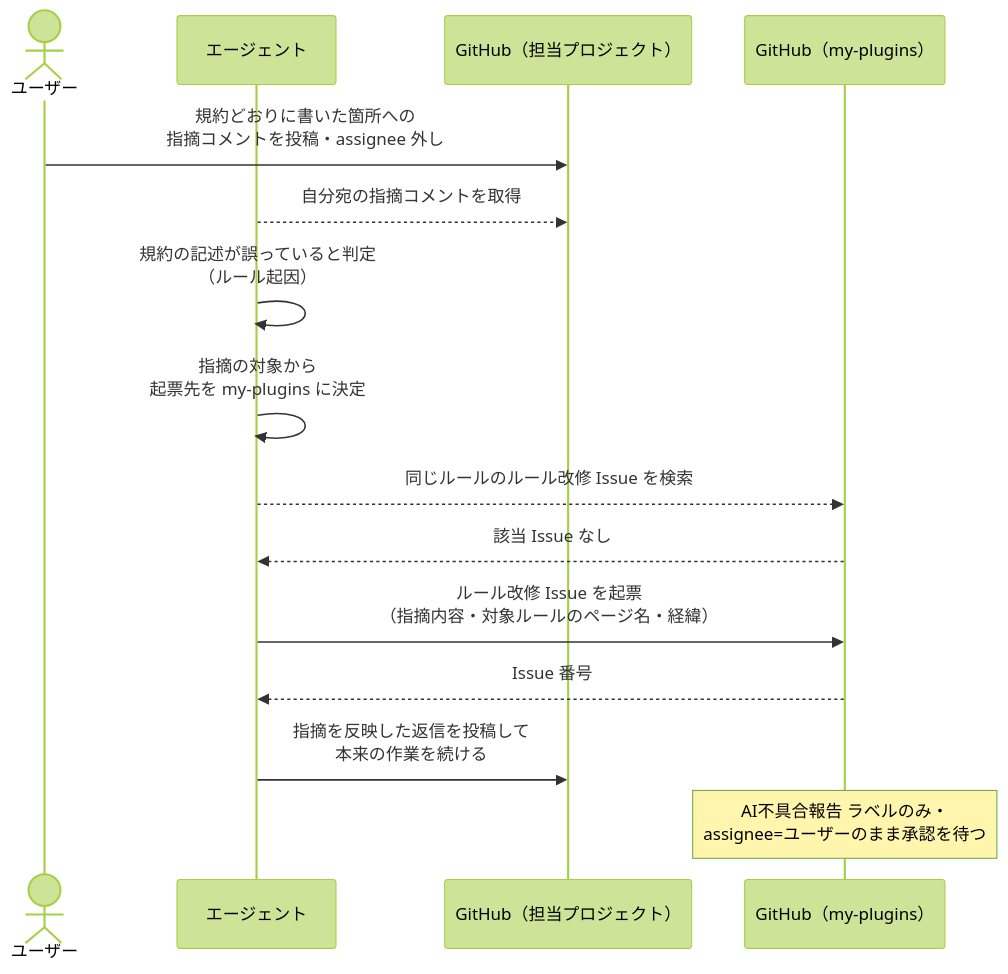
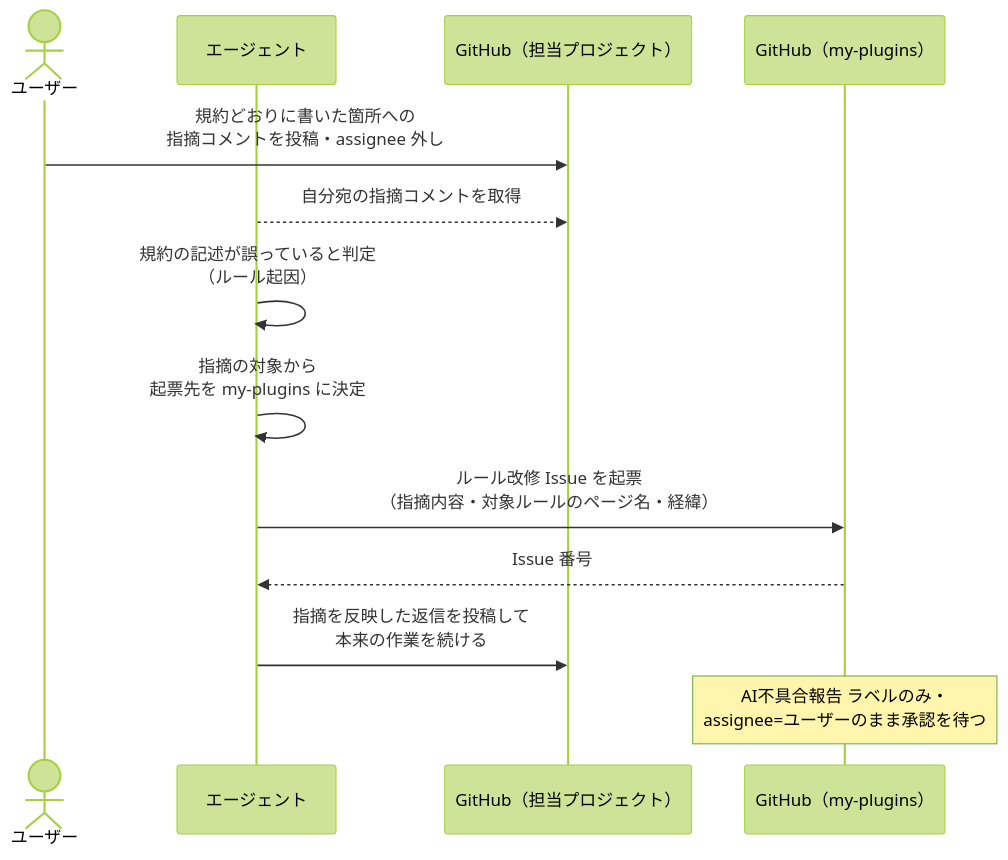
Before and after one commit to shuhei1101/ai-monitor: the first of 3 diagrams in docs/wiki/設計図/シナリオ/単一ユースケース/ルール改修Issueの起票.md, drawn with Mermaid (forest theme). The commit also changed other lines of this file and 174 other files, not shown here.

````diff
--- a/docs/wiki/設計図/シナリオ/単一ユースケース/ルール改修Issueの起票.md
+++ b/docs/wiki/設計図/シナリオ/単一ユースケース/ルール改修Issueの起票.md
@@ -27,18 +27,16 @@
 ```mermaid
 sequenceDiagram
   actor U as ユーザー
   participant A as エージェント
   participant PJ as GitHub（担当プロジェクト）
   participant MP as GitHub（my-plugins）
 
   U->>PJ: 規約どおりに書いた箇所への<br>指摘コメントを投稿・assignee 外し
   A-->>PJ: 自分宛の指摘コメントを取得
   A->>A: 規約の記述が誤っていると判定<br>（ルール起因）
   A->>A: 指摘の対象から<br>起票先を my-plugins に決定
-  A-->>MP: 同じルールのルール改修 Issue を検索
-  MP-->>A: 該当 Issue なし
   A->>MP: ルール改修 Issue を起票<br>（指摘内容・対象ルールのページ名・経緯）
   MP-->>A: Issue 番号
   A->>PJ: 指摘を反映した返信を投稿して<br>本来の作業を続ける
   Note over MP: AI不具合報告 ラベルのみ・<br>assignee=ユーザーのまま承認を待つ
 ```
````
